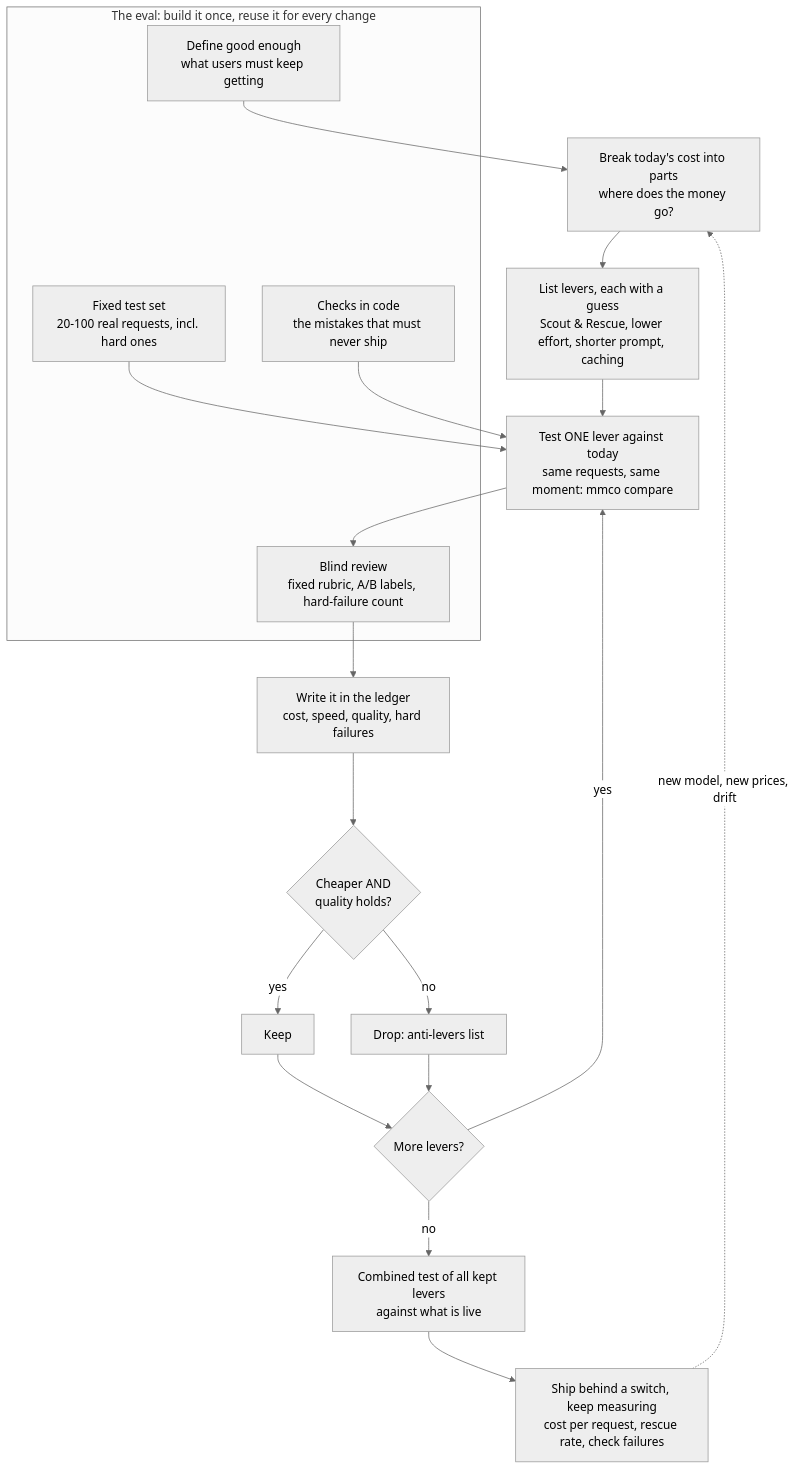
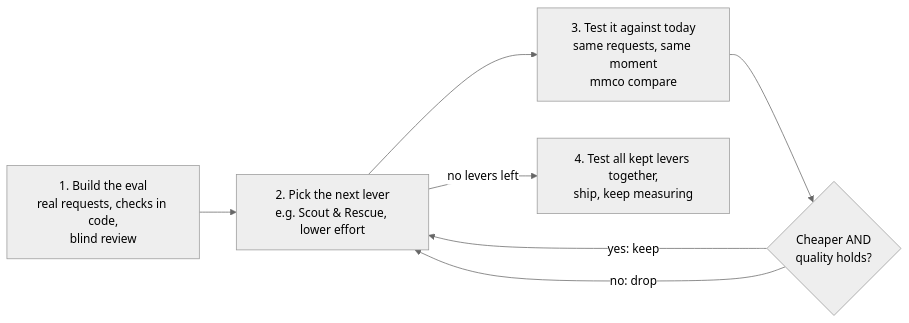
Before and after one commit to AndyJakob78/valueproof: the second of 2 diagrams in README.md, drawn with Mermaid (neutral theme). The commit also changed other lines of this file and 1 other file, not shown here.

Commit message:
README: version 0.2, install/import/command side by side, compact method diagram

````diff
--- a/README.md
+++ b/README.md
@@ -174,28 +183,9 @@
 ```mermaid
-flowchart TD
-    subgraph EVAL["The eval: build it once, reuse it for every change"]
-        E0["Define good enough<br/>what users must keep getting"]
-        E1["Fixed test set<br/>20-100 real requests, incl. hard ones"]
-        E2["Checks in code<br/>the mistakes that must never ship"]
-        E3["Blind review<br/>fixed rubric, A/B labels, hard-failure count"]
-    end
-    C["Break today's cost into parts<br/>where does the money go?"]
-    L["List levers, each with a guess<br/>Scout & Rescue, lower effort, shorter prompt, caching"]
-    T["Test ONE lever against today<br/>same requests, same moment: mmco compare"]
-    LG["Write it in the ledger<br/>cost, speed, quality, hard failures"]
-    D{"Cheaper AND<br/>quality holds?"}
-    K["Keep"]
-    X["Drop: anti-levers list"]
-    M{"More levers?"}
-    CT["Combined test of all kept levers<br/>against what is live"]
-    S["Ship behind a switch, keep measuring<br/>cost per request, rescue rate, check failures"]
-    E0 --> C --> L --> T
-    E1 --> T
-    E2 --> T
-    T --> E3 --> LG --> D
-    D -- yes --> K --> M
-    D -- no --> X --> M
-    M -- yes --> T
-    M -- no --> CT --> S
-    S -. "new model, new prices, drift" .-> C
+flowchart LR
+    E["1. Build the eval<br/>real requests, checks in code,<br/>blind review"] --> L["2. Pick the next lever<br/>e.g. Scout & Rescue, lower effort"]
+    L --> T["3. Test it against today<br/>same requests, same moment<br/>mmco compare"]
+    T --> D{"Cheaper AND<br/>quality holds?"}
+    D -- "yes: keep" --> L
+    D -- "no: drop" --> L
+    L -- "no levers left" --> S["4. Test all kept levers together,<br/>ship, keep measuring"]
 ```
````
